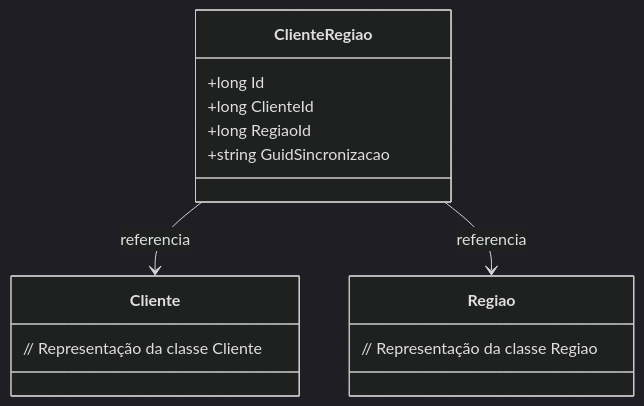
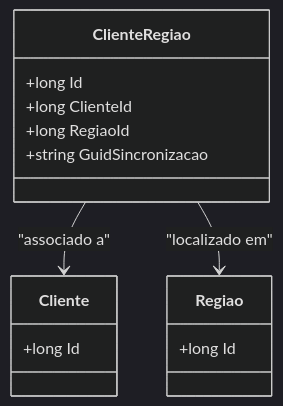
One commit to IsthmusSistemas/documentacao-tecnica changed the diagram in docs/b2b-dominio/IsthmusWinthor.Nucleo/IsthmusWinthor.Dominio/Entidades/ClienteRegiao.md. Above: the diagram before and after it, drawn with Mermaid (dark theme). The commit also changed other lines of this file and 882 other files, not shown here.

````diff
--- a/docs/b2b-dominio/IsthmusWinthor.Nucleo/IsthmusWinthor.Dominio/Entidades/ClienteRegiao.md
+++ b/docs/b2b-dominio/IsthmusWinthor.Nucleo/IsthmusWinthor.Dominio/Entidades/ClienteRegiao.md
@@ -25,20 +22,18 @@
 ```mermaid
 classDiagram
     class ClienteRegiao {
         +long Id
         +long ClienteId
         +long RegiaoId
         +string GuidSincronizacao
     }
-    
     class Cliente {
-        // Representação da classe Cliente
+        +long Id
     }
-    
     class Regiao {
-        // Representação da classe Regiao
+        +long Id
     }
 
-    ClienteRegiao --> Cliente : referencia
-    ClienteRegiao --> Regiao : referencia
+    ClienteRegiao --> Cliente : "associado a"
+    ClienteRegiao --> Regiao : "localizado em"
 ```
````
